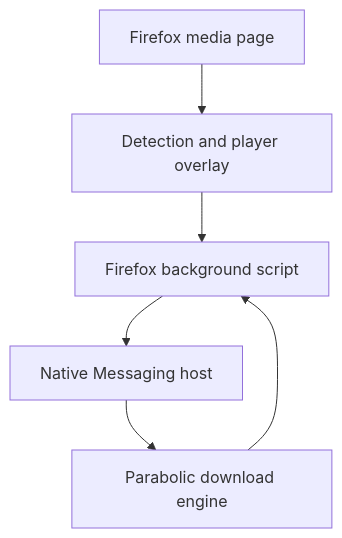
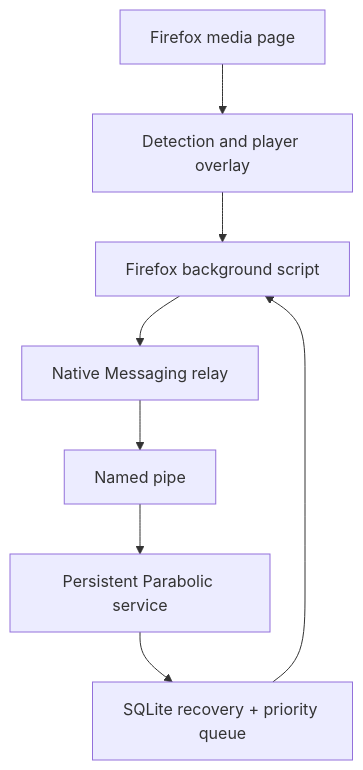
One commit to Othman-Benbrahim/Parabolic changed the diagram in extension/firefox/ARCHITECTURE.md. Above: the diagram before and after it, drawn with Mermaid. The commit also changed other lines of this file and 47 other files, not shown here.

Commit message:
Release 2026.8.1: persistent download engine and Firefox protocol v2

````diff
--- a/extension/firefox/ARCHITECTURE.md
+++ b/extension/firefox/ARCHITECTURE.md
@@ -18,8 +18,10 @@
 ```mermaid
 flowchart TD
     A["Firefox media page"] --> B["Detection and player overlay"]
     B --> C["Firefox background script"]
-    C --> D["Native Messaging host"]
-    D --> E["Parabolic download engine"]
-    E --> C
+    C --> D["Native Messaging relay"]
+    D --> E["Named pipe"]
+    E --> F["Persistent Parabolic service"]
+    F --> G["SQLite recovery + priority queue"]
+    G --> C
 ```
````
